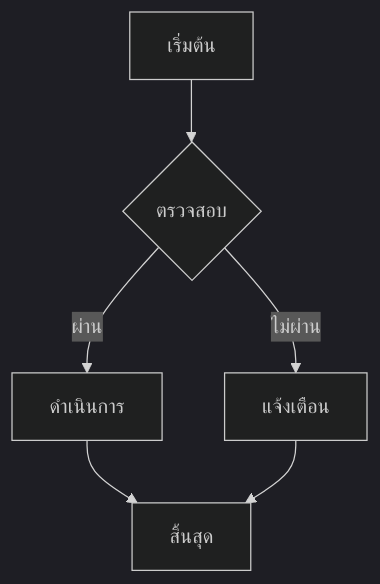
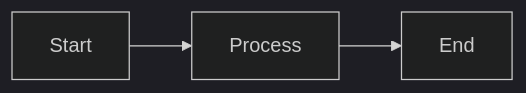
One commit to kapong/md2docx changed the first of 3 diagrams in examples/thai-manual/ch04_advanced.md. Above: the diagram before and after it, drawn with Mermaid (dark theme). The commit also changed other lines of this file and 6 other files, not shown here.

Commit message:
feat: Improve mermaid rendering robustness with panic handling, edge label stripping fallback, and checks for problematic Unicode.

````diff
--- a/examples/thai-manual/ch04_advanced.md
+++ b/examples/thai-manual/ch04_advanced.md
@@ -468,8 +466,5 @@
 ```mermaid
-flowchart TD
-    A[เริ่มต้น] --> B{ตรวจสอบ}
-    B -->|ผ่าน| C[ดำเนินการ]
-    B -->|ไม่ผ่าน| D[แจ้งเตือน]
-    C --> E[สิ้นสุด]
-    D --> E
+flowchart LR
+    A[Start] --> B[Process]
+    B --> C[End]
 ```
````
